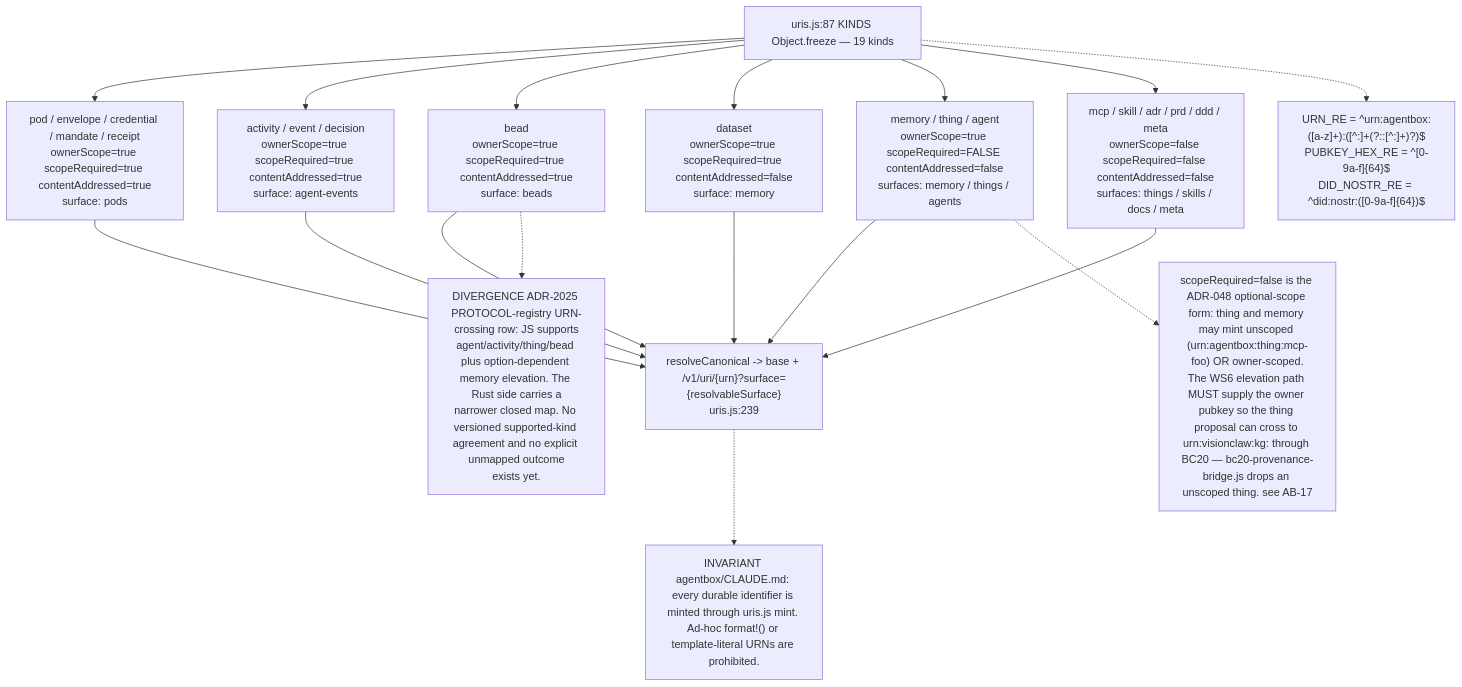
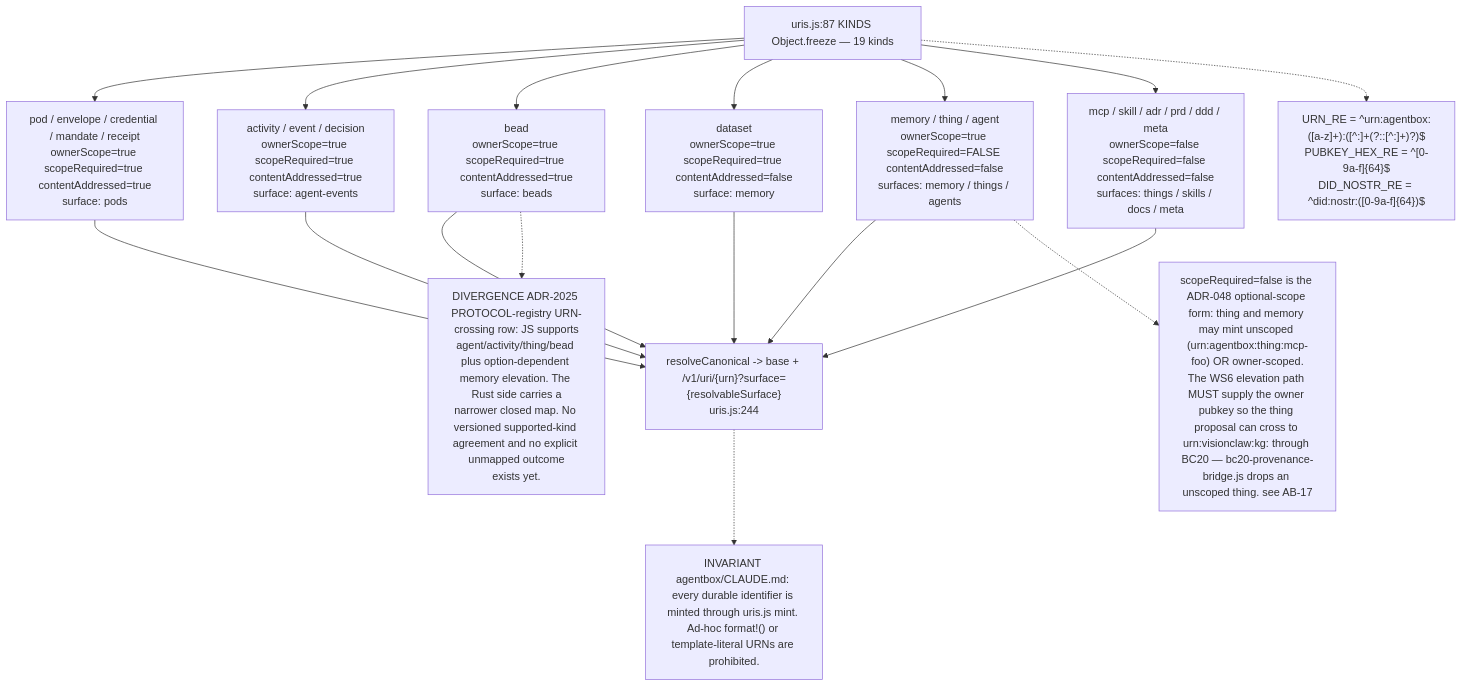
Before and after one commit to DreamLab-AI/VisionFlow: the fourth of 16 diagrams in docs/diagrams/agentbox/11-identity-did-mandate-authority.md, drawn with Mermaid. The commit also changed other lines of this file and 28 other files, not shown here.

````diff
--- a/docs/diagrams/agentbox/11-identity-did-mandate-authority.md
+++ b/docs/diagrams/agentbox/11-identity-did-mandate-authority.md
@@ -182,20 +184,20 @@
 ```mermaid
 flowchart TB
     K["uris.js:87 KINDS Object.freeze — 19 kinds"]
     K --> POD["pod / envelope / credential / mandate / receipt<br/>ownerScope=true scopeRequired=true contentAddressed=true<br/>surface: pods"]
     K --> ACT["activity / event / decision<br/>ownerScope=true scopeRequired=true contentAddressed=true<br/>surface: agent-events"]
     K --> BEAD["bead<br/>ownerScope=true scopeRequired=true contentAddressed=true<br/>surface: beads"]
     K --> DSET["dataset<br/>ownerScope=true scopeRequired=true contentAddressed=false<br/>surface: memory"]
     K --> OPT["memory / thing / agent<br/>ownerScope=true scopeRequired=FALSE contentAddressed=false<br/>surfaces: memory / things / agents"]
     K --> UNS["mcp / skill / adr / prd / ddd / meta<br/>ownerScope=false scopeRequired=false contentAddressed=false<br/>surfaces: things / skills / docs / meta"]
-    POD --> R["resolveCanonical -> base + /v1/uri/{urn}?surface={resolvableSurface}<br/>uris.js:239"]
+    POD --> R["resolveCanonical -> base + /v1/uri/{urn}?surface={resolvableSurface}<br/>uris.js:244"]
     ACT --> R
     BEAD --> R
     DSET --> R
     OPT --> R
     UNS --> R
     K -.-> RE["URN_RE = ^urn:agentbox:([a-z]+):([^:]+(?::[^:]+)?)$<br/>PUBKEY_HEX_RE = ^[0-9a-f]{64}$<br/>DID_NOSTR_RE = ^did:nostr:([0-9a-f]{64})$"]
     R -.-> N1["INVARIANT agentbox/CLAUDE.md: every durable identifier is minted through uris.js mint. Ad-hoc format!() or template-literal URNs are prohibited."]
     OPT -.-> N2["scopeRequired=false is the ADR-048 optional-scope form: thing and memory may mint unscoped (urn:agentbox:thing:mcp-foo) OR owner-scoped.<br/>The WS6 elevation path MUST supply the owner pubkey so the thing proposal can cross to urn:visionclaw:kg:<pubkey> through BC20 — bc20-provenance-bridge.js drops an unscoped thing. see AB-17"]
 BEAD -.-> N3["DIVERGENCE ADR-2025 PROTOCOL-registry URN-crossing row: JS supports<br/>agent/activity/thing/bead plus option-dependent memory elevation. The Rust side carries a<br/>narrower closed map. No versioned supported-kind agreement and no explicit unmapped outcome<br/>exists yet."]
 ```
````
